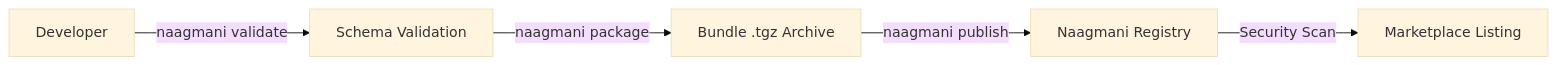
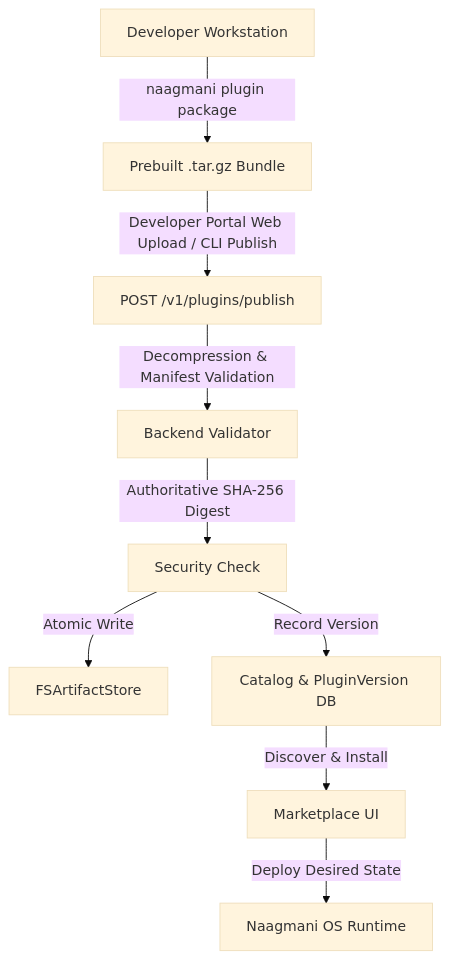
Before and after one commit to bhakha-services/naagmani-docs: the diagram in docs/marketplace/publishing.md, drawn with Mermaid (base theme). The commit also changed other lines of this file and 2 other files, not shown here.

Commit message:
docs: add documentation for plugin packaging, publishing, and visibility scopes

````diff
--- a/docs/marketplace/publishing.md
+++ b/docs/marketplace/publishing.md
@@ -9,7 +9,11 @@
 ```mermaid
-graph LR
-    Dev[Developer] -->|naagmani validate| Val[Schema Validation]
-    Val -->|naagmani package| Pkg[Bundle .tgz Archive]
-    Pkg -->|naagmani publish| Reg[Naagmani Registry]
-    Reg -->|Security Scan| Live[Marketplace Listing]
+graph TD
+    Dev[Developer Workstation] -->|naagmani plugin package| Pkg[Prebuilt .tar.gz Bundle]
+    Pkg -->|Developer Portal Web Upload / CLI Publish| Endpoint[POST /v1/plugins/publish]
+    Endpoint -->|Decompression & Manifest Validation| Val[Backend Validator]
+    Val -->|Authoritative SHA-256 Digest| Auth[Security Check]
+    Auth -->|Atomic Write| Store[FSArtifactStore]
+    Auth -->|Record Version| DB[Catalog & PluginVersion DB]
+    DB -->|Discover & Install| Mkt[Marketplace UI]
+    Mkt -->|Deploy Desired State| OS[Naagmani OS Runtime]
 ```
````
